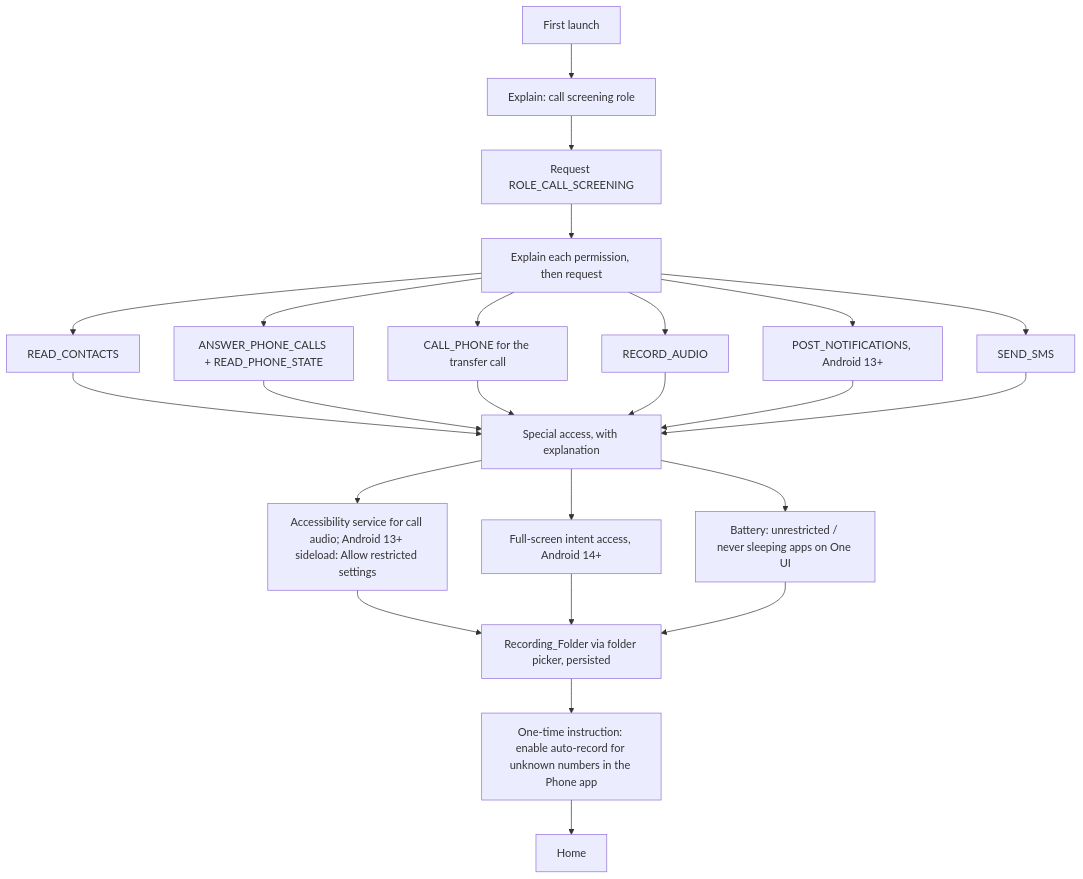
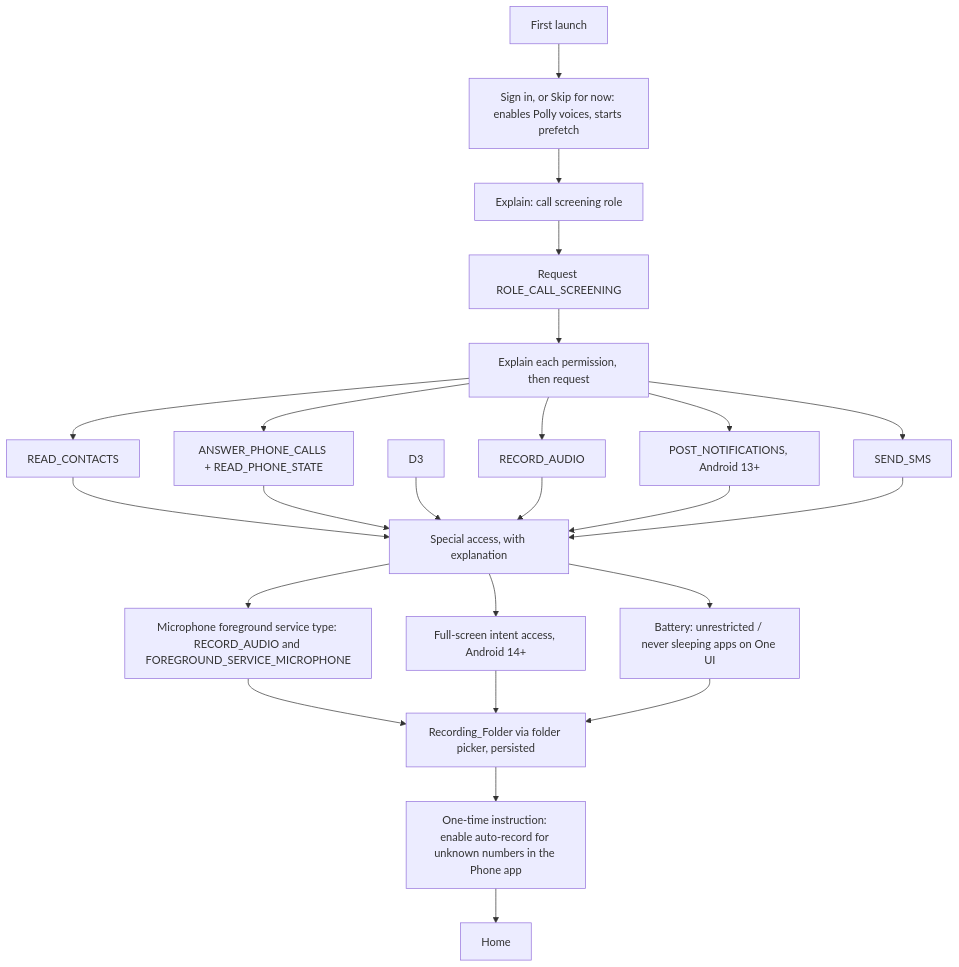
One commit to ankurldots/Call-Answer changed the fourth of 5 diagrams in .kiro/specs/ai-call-screening-agent/design.md. Above: the diagram before and after it, drawn with Mermaid. The commit also changed other lines of this file and 78 other files, not shown here.

First line of the commit message:
Remove accessibility service, fix call start, audio playback and capture

````diff
--- a/.kiro/specs/ai-call-screening-agent/design.md
+++ b/.kiro/specs/ai-call-screening-agent/design.md
@@ -758,26 +753,27 @@
 ```mermaid
 flowchart TD
-    A[First launch] --> B[Explain: call screening role]
+    A[First launch] --> A1[Sign in, or Skip for now: enables Polly voices, starts prefetch]
+    A1 --> B[Explain: call screening role]
     B --> C[Request ROLE_CALL_SCREENING]
     C --> D[Explain each permission, then request]
     D --> D1[READ_CONTACTS]
     D --> D2[ANSWER_PHONE_CALLS + READ_PHONE_STATE]
-    D --> D3[CALL_PHONE for the transfer call]
+
     D --> D4[RECORD_AUDIO]
     D --> D5[POST_NOTIFICATIONS, Android 13+]
     D --> D6[SEND_SMS]
     D1 --> E[Special access, with explanation]
     D2 --> E
     D3 --> E
     D4 --> E
     D5 --> E
     D6 --> E
-    E --> E1[Accessibility service for call audio; Android 13+ sideload: Allow restricted settings]
+    E --> E1[Microphone foreground service type: RECORD_AUDIO and FOREGROUND_SERVICE_MICROPHONE]
     E --> E2[Full-screen intent access, Android 14+]
     E --> E3[Battery: unrestricted / never sleeping apps on One UI]
     E1 --> F[Recording_Folder via folder picker, persisted]
     E2 --> F
     E3 --> F
     F --> G[One-time instruction: enable auto-record for unknown numbers in the Phone app]
     G --> H[Home]
 ```
````
